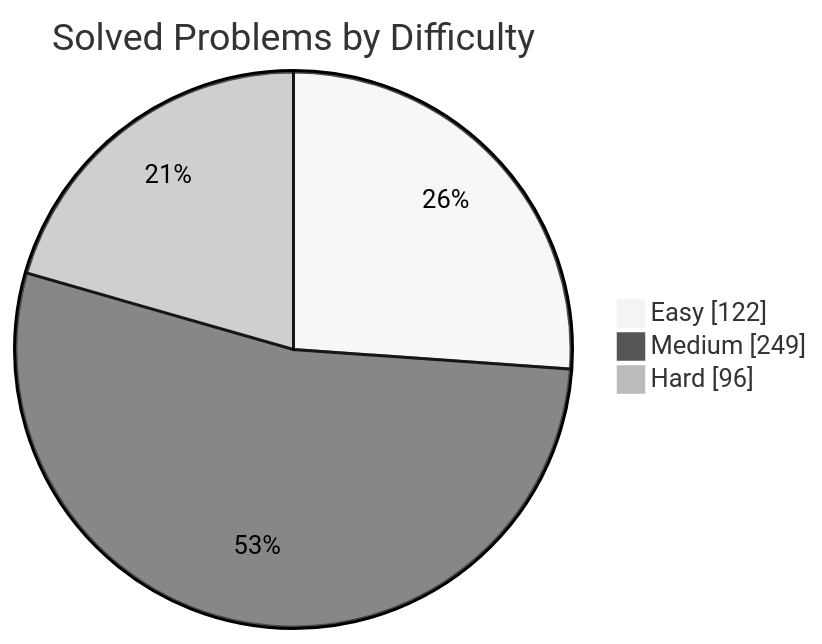
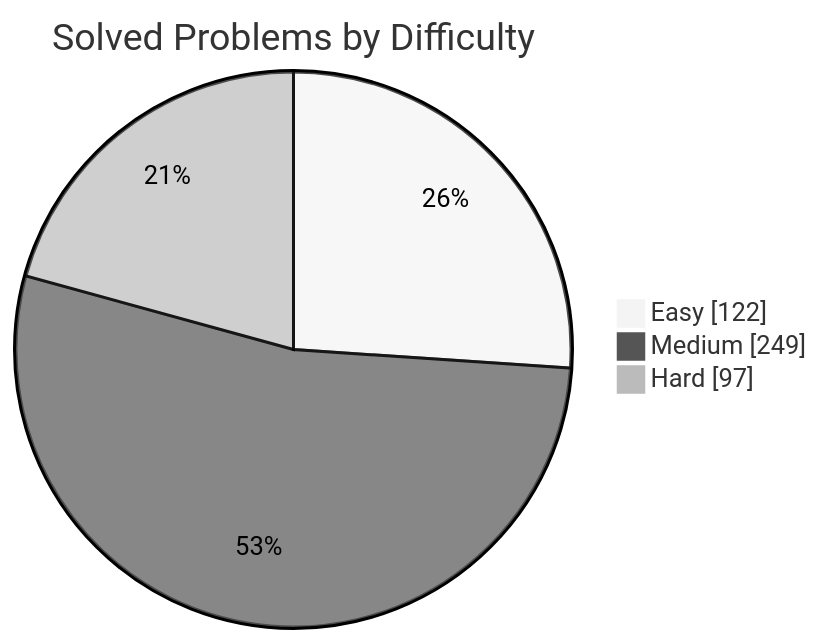
Before and after one commit to manikantbindass/DSA-Preparation-FAANG: the first of 2 diagrams in README.md, drawn with Mermaid (neutral theme). The commit also changed other lines of this file and 1 other file, not shown here.

````diff
--- a/README.md
+++ b/README.md
@@ -77,7 +77,7 @@
 ```mermaid
 pie showData
     title Solved Problems by Difficulty
     "Easy" : 122
     "Medium" : 249
-    "Hard" : 96
+    "Hard" : 97
 ```
````
